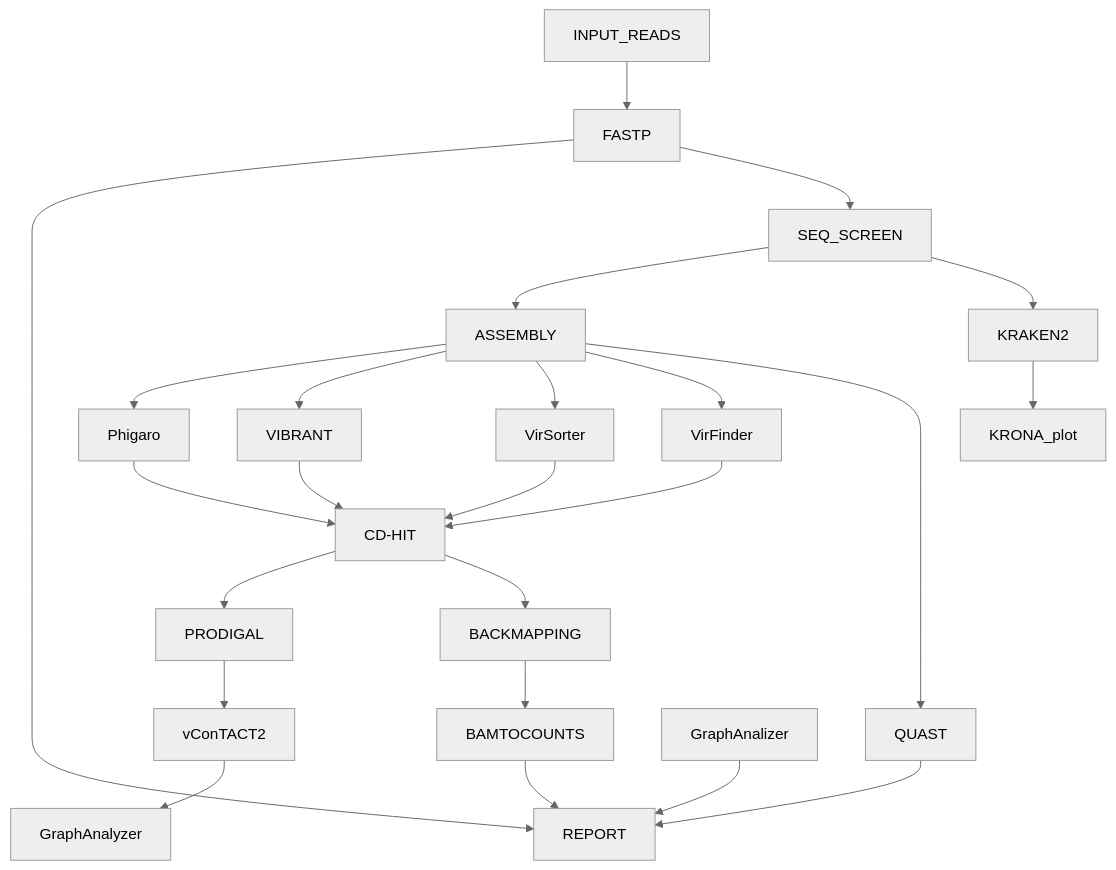
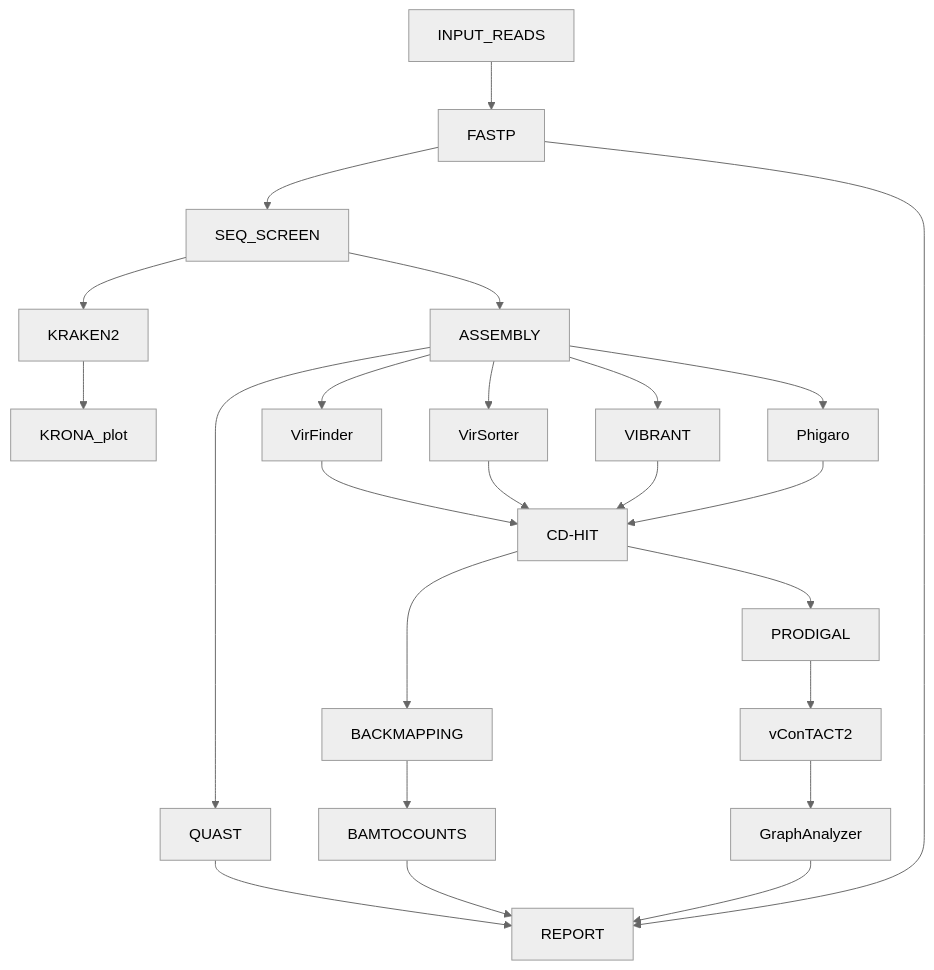
The diagram in README.md (telatin/magflow), drawn with Mermaid (neutral theme) before and after one commit.

````diff
--- a/README.md
+++ b/README.md
@@ -3,26 +3,26 @@
 ```mermaid
 graph TD;
  INPUT_READS --> FASTP;
  FASTP --> SEQ_SCREEN;
  SEQ_SCREEN --> KRAKEN2;
  KRAKEN2 --> KRONA_plot;
  SEQ_SCREEN --> ASSEMBLY;
  ASSEMBLY --> QUAST;
  ASSEMBLY --> VirFinder;
  ASSEMBLY --> VirSorter;
  ASSEMBLY --> VIBRANT;
  ASSEMBLY --> Phigaro;
  VirFinder --> CD-HIT;
  VirSorter --> CD-HIT ;
  VIBRANT --> CD-HIT ;
  Phigaro --> CD-HIT ;
  CD-HIT --> BACKMAPPING;
  BACKMAPPING --> BAMTOCOUNTS;
  CD-HIT --> PRODIGAL;
  PRODIGAL --> vConTACT2;
  vConTACT2 --> GraphAnalyzer;
- GraphAnalizer --> REPORT;
+ GraphAnalyzer --> REPORT;
  BAMTOCOUNTS --> REPORT;
  FASTP --> REPORT;
  QUAST --> REPORT;
 ```
````
